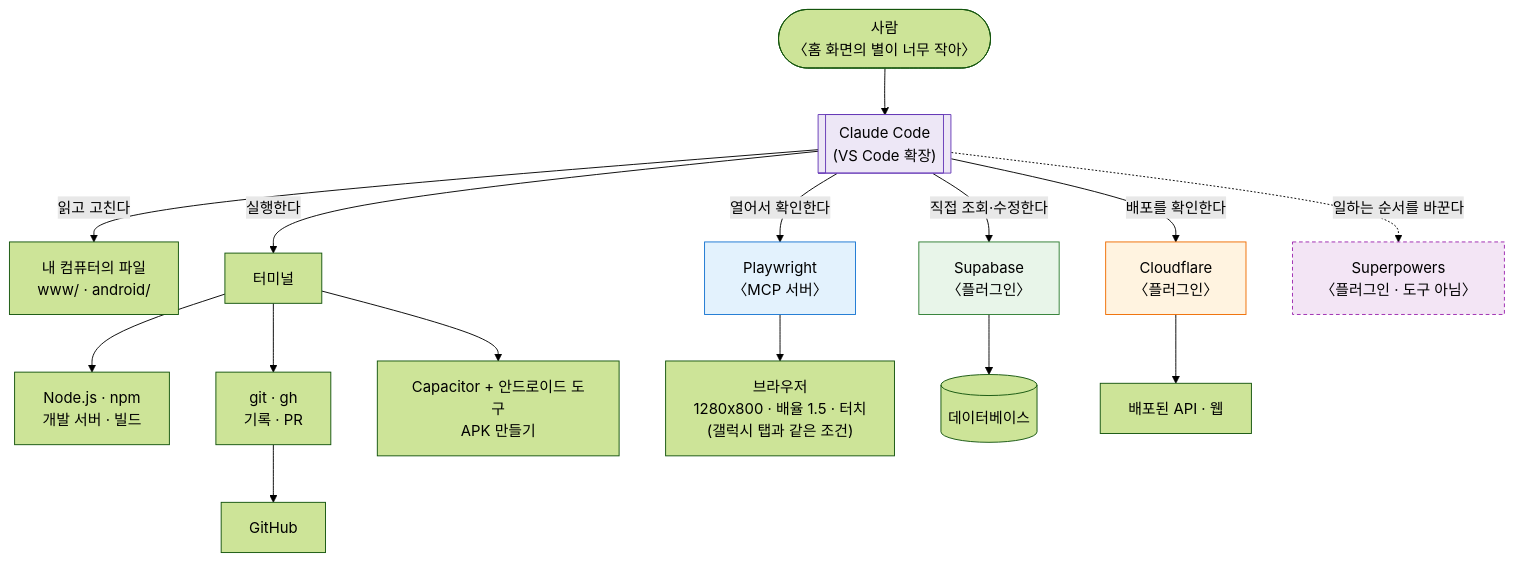
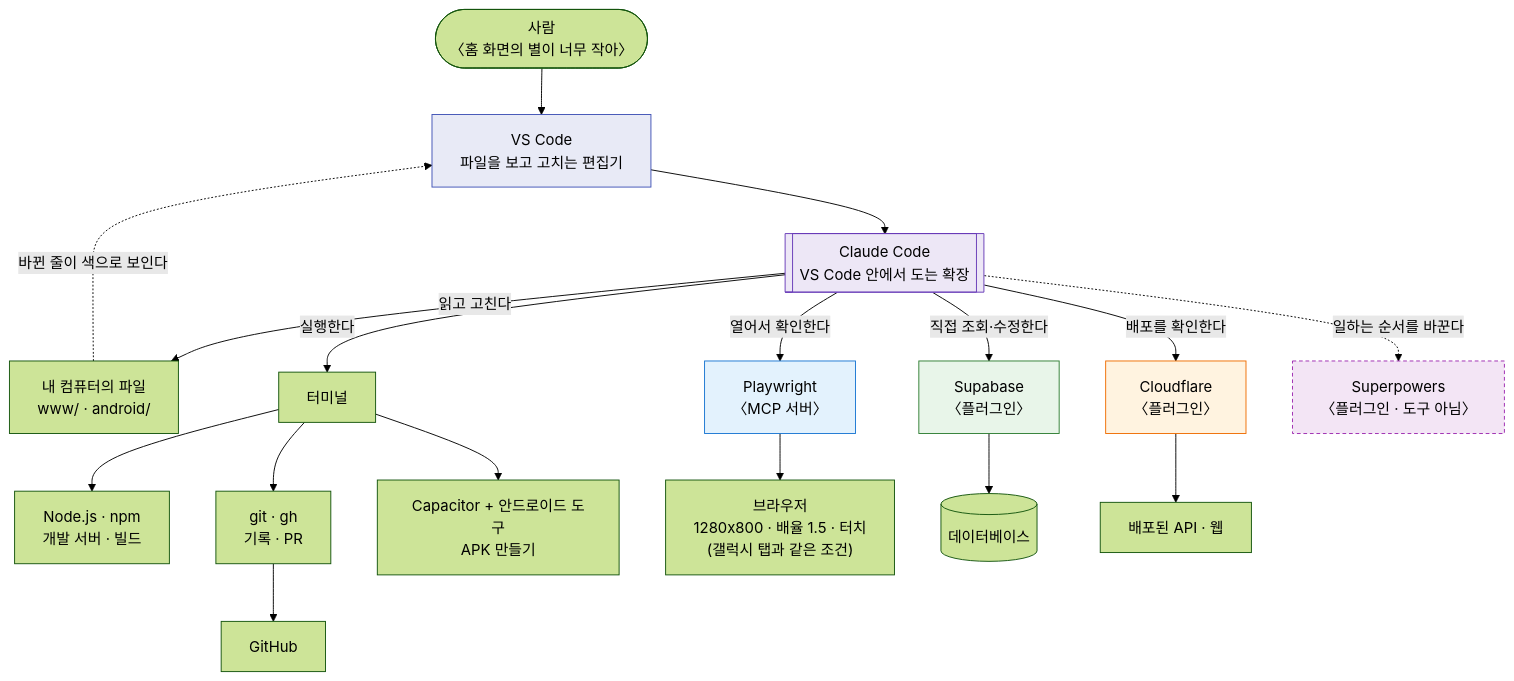
Before and after one commit to a20180424/HeartGuardiansDocs: the first of 3 diagrams in dev-setup.md, drawn with Mermaid (forest theme). The commit also changed other lines of this file, not shown here.

Commit message:
도구 관계도에 VS Code 를 별도 노드로 분리
Claude Code 노드 안에 "(VS Code 확장)" 이라고 괄호로만 들어가 있어서, 둘이
서로 다른 것이라는 게 그림에서 보이지 않았다.

사람 → VS Code(편집기) → Claude Code(그 안에서 도는 확장) 로 쪼개고,
파일에서 VS Code 로 돌아오는 점선을 하나 넣었다 — 고친 결과가 화면에 색으로
표시된다는 것. 본문에서 이미 설명하던 내용인데 그림에는 없던 부분이다.

````diff
--- a/dev-setup.md
+++ b/dev-setup.md
@@ -43,26 +43,29 @@
 ```mermaid
 flowchart TD
-    P(["사람<br/>〈홈 화면의 별이 너무 작아〉"]) --> CC[["Claude Code<br/>(VS Code 확장)"]]
+    P(["사람<br/>〈홈 화면의 별이 너무 작아〉"]) --> VSC["VS Code<br/>파일을 보고 고치는 편집기"]
+    VSC --> CC[["Claude Code<br/>VS Code 안에서 도는 확장"]]
 
     CC -->|"읽고 고친다"| FILES["내 컴퓨터의 파일<br/>www/ · android/"]
     CC -->|"실행한다"| TERM["터미널"]
     CC -->|"열어서 확인한다"| PW["Playwright<br/>〈MCP 서버〉"]
     CC -->|"직접 조회·수정한다"| SB["Supabase<br/>〈플러그인〉"]
     CC -->|"배포를 확인한다"| CF["Cloudflare<br/>〈플러그인〉"]
     CC -.->|"일하는 순서를 바꾼다"| SP["Superpowers<br/>〈플러그인 · 도구 아님〉"]
 
     TERM --> NODE["Node.js · npm<br/>개발 서버 · 빌드"]
     TERM --> GIT["git · gh<br/>기록 · PR"]
     TERM --> CAP["Capacitor + 안드로이드 도구<br/>APK 만들기"]
 
     PW --> BROWSER["브라우저<br/>1280x800 · 배율 1.5 · 터치<br/>(갤럭시 탭과 같은 조건)"]
     SB --> DB[("데이터베이스")]
     CF --> DEPLOY["배포된 API · 웹"]
     GIT --> GH["GitHub"]
+    FILES -.->|"바뀐 줄이 색으로 보인다"| VSC
 
+    style VSC fill:#e8eaf6,stroke:#3f51b5
     style CC fill:#ede7f6,stroke:#673ab7
     style SP fill:#f3e5f5,stroke:#9c27b0,stroke-dasharray: 4 3
     style PW fill:#e3f2fd,stroke:#1976d2
     style SB fill:#e8f5e9,stroke:#2e7d32
     style CF fill:#fff3e0,stroke:#ef6c00
 ```
````
